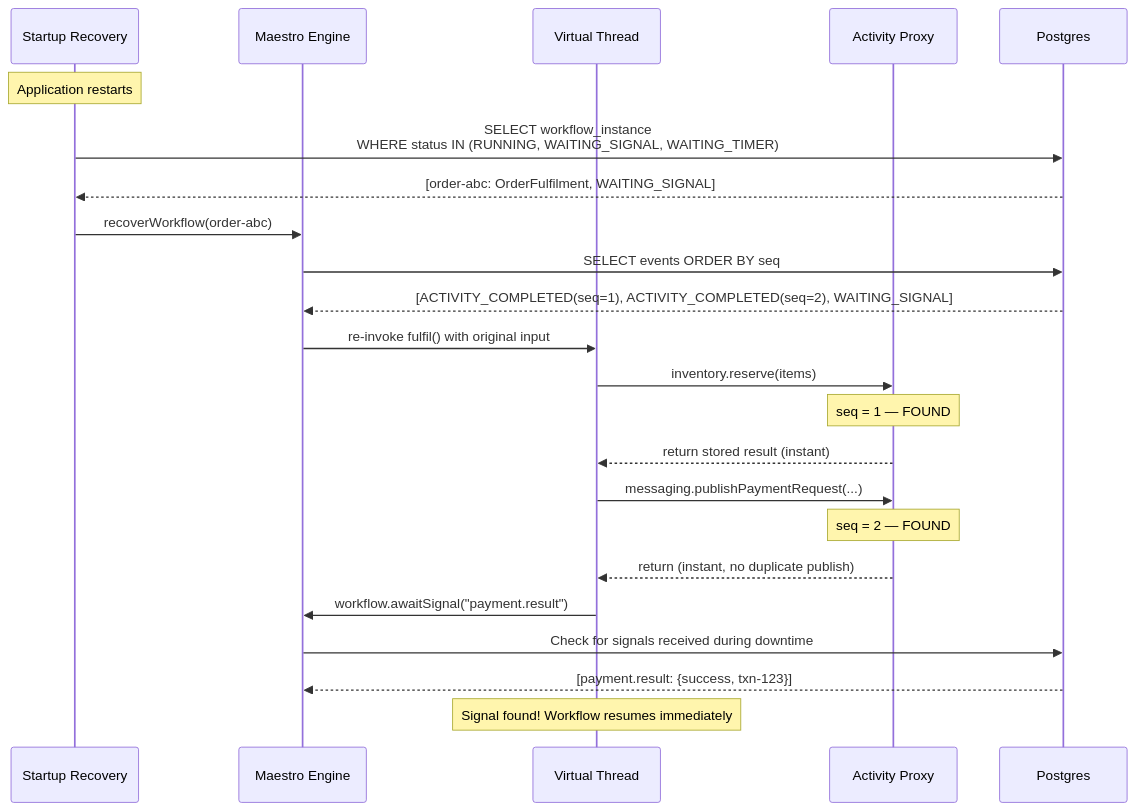
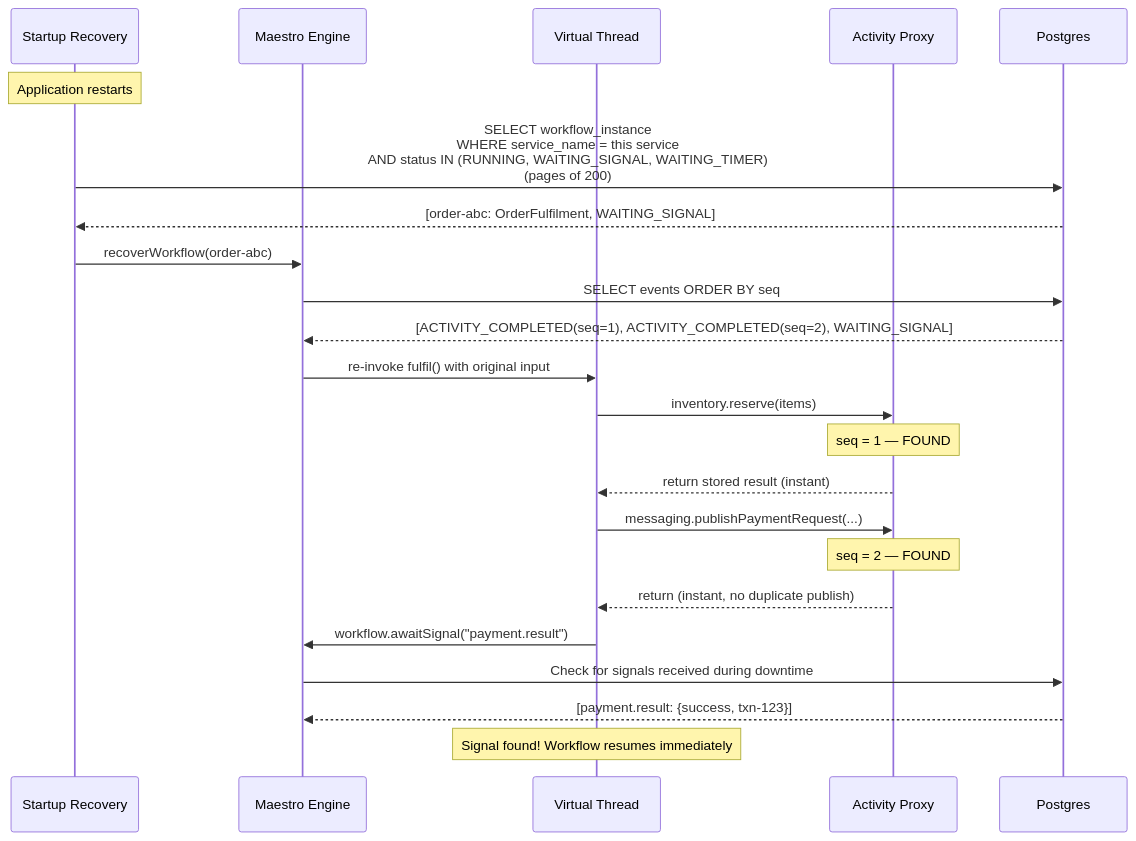
The fourth of 15 diagrams in docs/maestro-architecture.md (rakheen-dama/maestro), drawn with Mermaid before and after one commit. The commit also changed 11 other files, not shown here.

````diff
--- a/docs/maestro-architecture.md
+++ b/docs/maestro-architecture.md
@@ -170,32 +170,32 @@
 ```mermaid
 sequenceDiagram
     participant Recovery as Startup Recovery
     participant Engine as Maestro Engine
     participant VThread as Virtual Thread
     participant Proxy as Activity Proxy
     participant Store as Postgres
 
     Note over Recovery: Application restarts
 
-    Recovery->>Store: SELECT workflow_instance<br/>WHERE status IN (RUNNING, WAITING_SIGNAL, WAITING_TIMER)
+    Recovery->>Store: SELECT workflow_instance<br/>WHERE service_name = this service<br/>AND status IN (RUNNING, WAITING_SIGNAL, WAITING_TIMER)<br/>(pages of 200)
     Store-->>Recovery: [order-abc: OrderFulfilment, WAITING_SIGNAL]
 
     Recovery->>Engine: recoverWorkflow(order-abc)
     Engine->>Store: SELECT events ORDER BY seq
     Store-->>Engine: [ACTIVITY_COMPLETED(seq=1), ACTIVITY_COMPLETED(seq=2), WAITING_SIGNAL]
 
     Engine->>VThread: re-invoke fulfil() with original input
 
     VThread->>Proxy: inventory.reserve(items)
     Note over Proxy: seq = 1 — FOUND
     Proxy-->>VThread: return stored result (instant)
 
     VThread->>Proxy: messaging.publishPaymentRequest(...)
     Note over Proxy: seq = 2 — FOUND
     Proxy-->>VThread: return (instant, no duplicate publish)
 
     VThread->>Engine: workflow.awaitSignal("payment.result")
     Engine->>Store: Check for signals received during downtime
     Store-->>Engine: [payment.result: {success, txn-123}]
     Note over VThread: Signal found! Workflow resumes immediately
 ```
````
